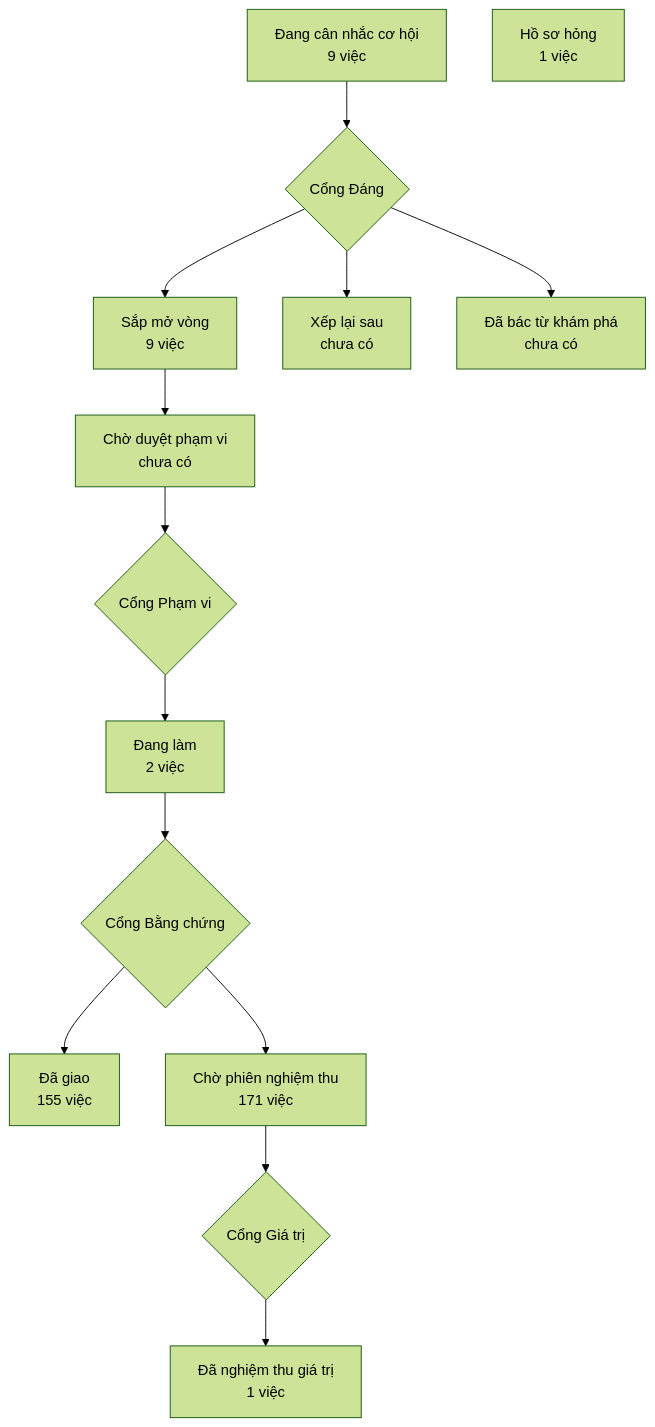
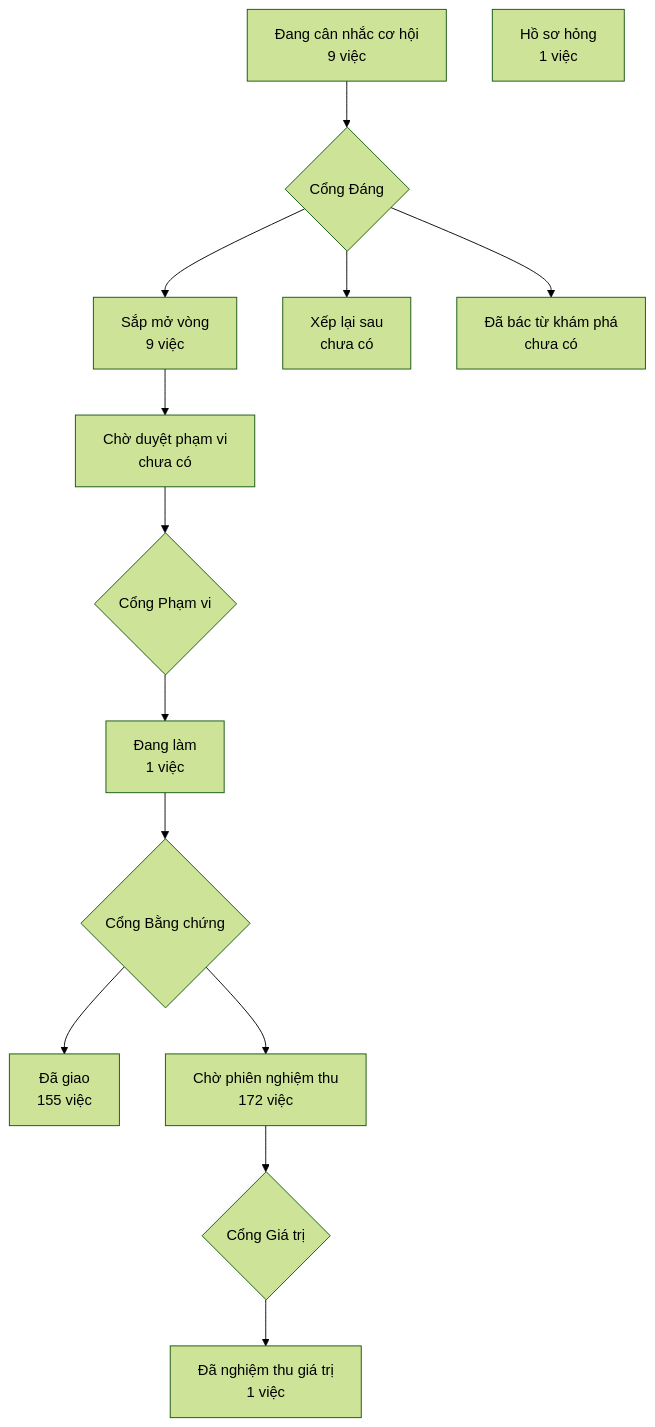
One commit to phanlemanh/crm-onehub changed the diagram in PRODUCT-MAP.md. Above: the diagram before and after it, drawn with Mermaid (forest theme). The commit also changed 4 other files, not shown here.

````diff
--- a/PRODUCT-MAP.md
+++ b/PRODUCT-MAP.md
@@ -7,13 +7,13 @@
 ```mermaid
 flowchart TD
   A["Đang cân nhắc cơ hội<br/>9 việc"] --> GD{"Cổng Đáng"}
   GD --> B["Sắp mở vòng<br/>9 việc"]
   GD --> XL["Xếp lại sau<br/>chưa có"]
   GD --> DB["Đã bác từ khám phá<br/>chưa có"]
   B --> CD["Chờ duyệt phạm vi<br/>chưa có"] --> GP{"Cổng Phạm vi"}
-  GP --> DL["Đang làm<br/>2 việc"] --> GB{"Cổng Bằng chứng"}
+  GP --> DL["Đang làm<br/>1 việc"] --> GB{"Cổng Bằng chứng"}
   GB --> DG["Đã giao<br/>155 việc"]
-  GB --> CN["Chờ phiên nghiệm thu<br/>171 việc"] --> GG{"Cổng Giá trị"}
+  GB --> CN["Chờ phiên nghiệm thu<br/>172 việc"] --> GG{"Cổng Giá trị"}
   GG --> NT["Đã nghiệm thu giá trị<br/>1 việc"]
   HS["Hồ sơ hỏng<br/>1 việc"]
 ```
````
